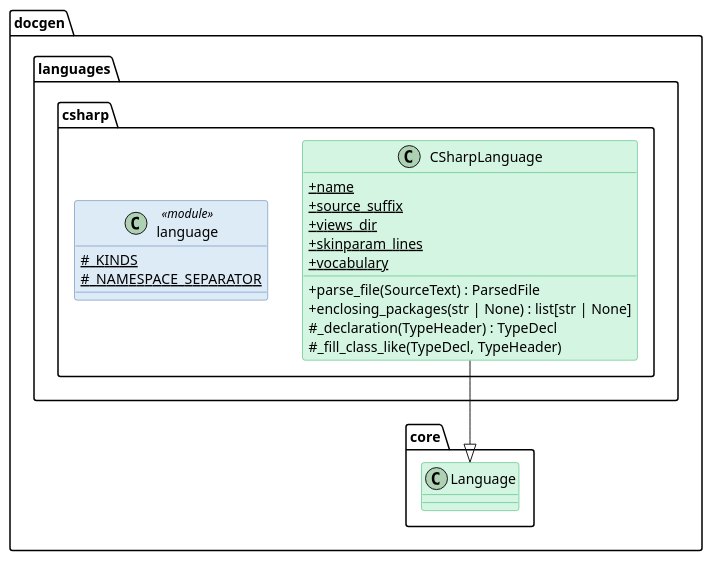
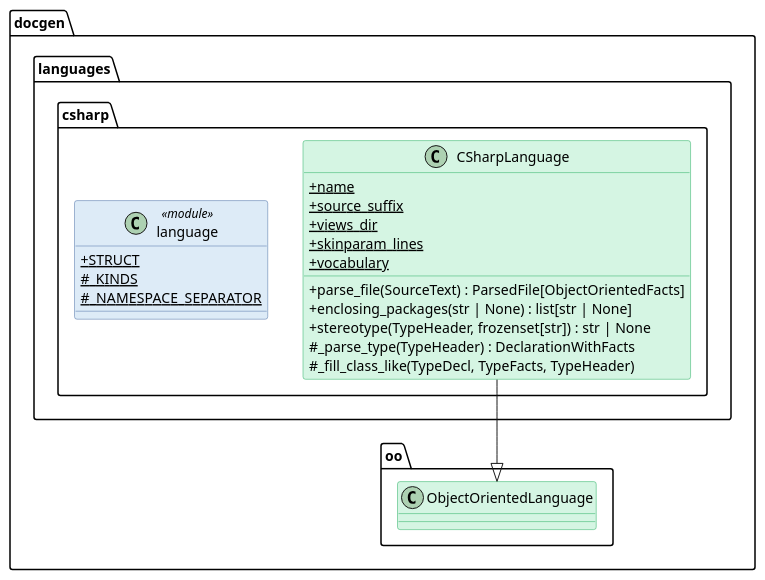
Before and after one commit to Boulede987/DocGeneration: the diagram in docs/Modelisation/ClassDiagram/docgen/languages/csharp/language.puml, drawn with PlantUML. The commit also changed 129 other files, not shown here.

First line of the commit message:
refactor(core): make the core a pure UML model; languages compute relations

```diff
--- a/docs/Modelisation/ClassDiagram/docgen/languages/csharp/language.puml
+++ b/docs/Modelisation/ClassDiagram/docgen/languages/csharp/language.puml
@@ -1,55 +1,57 @@
 @startuml language
 
 skinparam classAttributeIconSize 0
 skinparam shadowing false
 
 skinparam class {
   BackgroundColor<<interface>> #D6EAF8
   BorderColor<<interface>> #2E86C1
 }
 skinparam class {
   BackgroundColor<<abstract>> #E8DAEF
   BorderColor<<abstract>> #8E44AD
 }
 skinparam class {
   BackgroundColor #D5F5E3
   BorderColor #27AE60
 }
 skinparam class {
   BackgroundColor<<dataclass>> #FCF3CF
   BorderColor<<dataclass>> #B7950B
 }
 skinparam class {
   BackgroundColor<<module>> #DDEBF7
   BorderColor<<module>> #4A6FA5
 }
 skinparam class {
   BackgroundColor<<static>> #a7faa0
   BorderColor<<static>> #38d610
 }
 skinparam class {
   BackgroundColor<<enum>> #F5B7B1
   BorderColor<<enum>> #C0392B
 }
 
 namespace docgen.languages.csharp {
 class CSharpLanguage {
   + {static} name
   + {static} source_suffix
   + {static} views_dir
   + {static} skinparam_lines
   + {static} vocabulary
-  + parse_file(SourceText) : ParsedFile
+  + parse_file(SourceText) : ParsedFile[ObjectOrientedFacts]
   + enclosing_packages(str | None) : list[str | None]
-  # _declaration(TypeHeader) : TypeDecl
-  # _fill_class_like(TypeDecl, TypeHeader)
+  + stereotype(TypeHeader, frozenset[str]) : str | None
+  # _parse_type(TypeHeader) : DeclarationWithFacts
+  # _fill_class_like(TypeDecl, TypeFacts, TypeHeader)
 }
 class language <<module>> {
+  + {static} STRUCT
   # {static} _KINDS
   # {static} _NAMESPACE_SEPARATOR
 }
 }
 
-docgen.languages.csharp.CSharpLanguage --|> docgen.core.Language
+docgen.languages.csharp.CSharpLanguage --|> docgen.oo.ObjectOrientedLanguage
 
 @enduml
```
